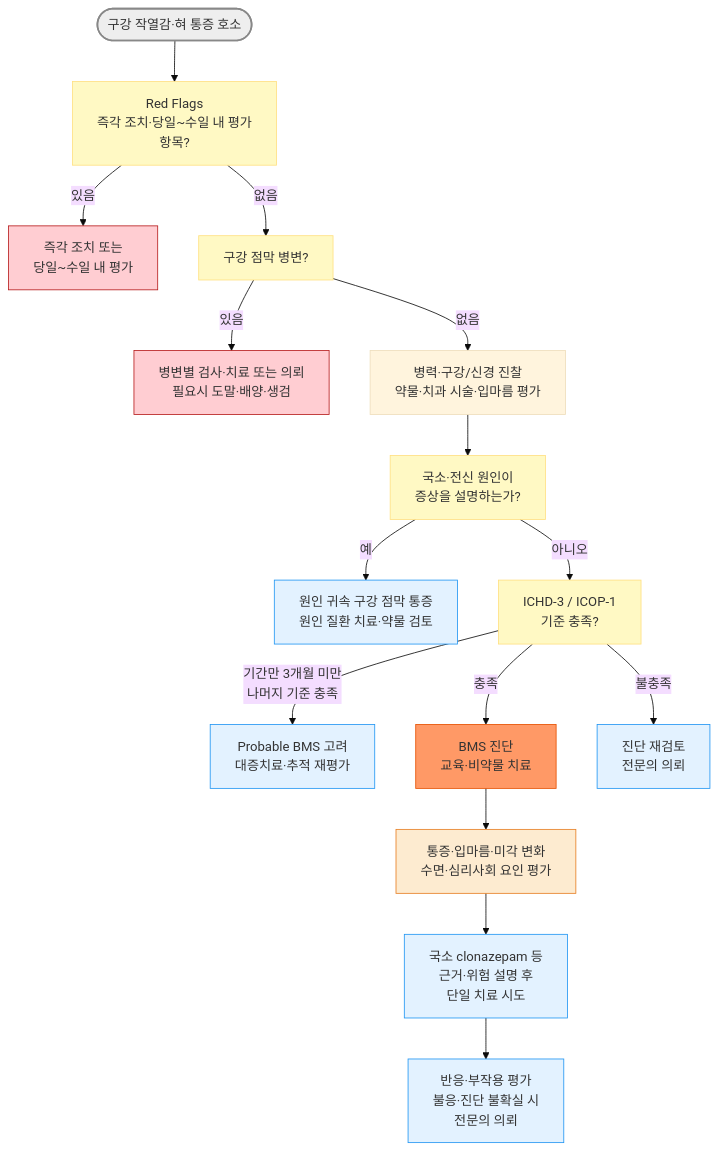
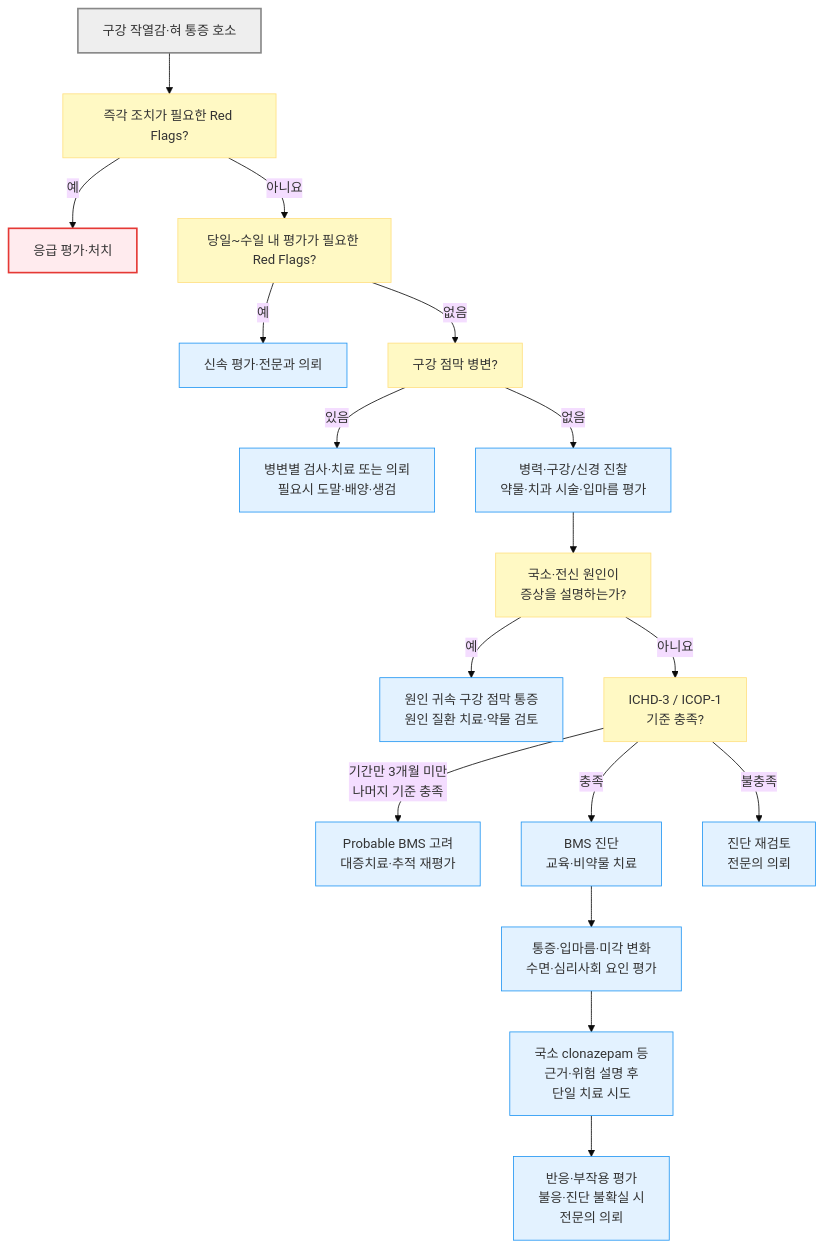
Before and after one commit to familyoh77/familyoh77: the diagram in 222_/057_-burning-mouth.md, drawn with Mermaid (base theme). The commit also changed other lines of this file and 13 other files, not shown here.

````diff
--- a/222_/057_-burning-mouth.md
+++ b/222_/057_-burning-mouth.md
@@ -148,27 +148,26 @@
 ```mermaid
 flowchart TD
-    A(["구강 작열감·혀 통증 호소"]) --> R["Red Flags<br/>즉각 조치·당일~수일 내 평가 <br/>항목?"]
-    R -->|"있음"| Q["즉각 조치 또는<br/>당일~수일 내 평가"]
-    R -->|"없음"| B["구강 점막 병변?"]
-    B -->|"있음"| C["병변별 검사·치료 또는 의뢰<br/>필요시 도말·배양·생검"]
-    B -->|"없음"| D["병력·구강/신경 진찰<br/>약물·치과 시술·입마름 평가"]
+    A["구강 작열감·혀 통증 호소"] --> EM["즉각 조치가 필요한 Red Flags?"]
+    EM -- "예" --> ER["응급 평가·처치"]
+    EM -- "아니요" --> R["당일~수일 내 평가가 필요한 Red Flags?"]
+    R -- "예" --> Q["신속 평가·전문과 의뢰"]
+    R -- "없음" --> B["구강 점막 병변?"]
+    B -- "있음" --> C["병변별 검사·치료 또는 의뢰<br/>필요시 도말·배양·생검"]
+    B -- "없음" --> D["병력·구강/신경 진찰<br/>약물·치과 시술·입마름 평가"]
     D --> E["국소·전신 원인이<br/>증상을 설명하는가?"]
-    E -->|"예"| F["원인 귀속 구강 점막 통증<br/>원인 질환 치료·약물 검토"]
-    E -->|"아니오"| G["ICHD-3 / ICOP-1<br/>기준 충족?"]
-    G -->|"기간만 3개월 미만<br/>나머지 기준 충족"| H["Probable BMS 고려<br/>대증치료·추적 재평가"]
-    G -->|"충족"| I["BMS 진단<br/>교육·비약물 치료"]
-    G -->|"불충족"| X["진단 재검토<br/>전문의 의뢰"]
+    E -- "예" --> F["원인 귀속 구강 점막 통증<br/>원인 질환 치료·약물 검토"]
+    E -- "아니요" --> G["ICHD-3 / ICOP-1<br/>기준 충족?"]
+    G -- "기간만 3개월 미만<br/>나머지 기준 충족" --> H["Probable BMS 고려<br/>대증치료·추적 재평가"]
+    G -- "충족" --> I["BMS 진단<br/>교육·비약물 치료"]
+    G -- "불충족" --> X["진단 재검토<br/>전문의 의뢰"]
     I --> T["통증·입마름·미각 변화<br/>수면·심리사회 요인 평가"]
     T --> U["국소 clonazepam 등<br/>근거·위험 설명 후 <br/>단일 치료 시도"]
     U --> V["반응·부작용 평가<br/>불응·진단 불확실 시 <br/>전문의 의뢰"]
-style A fill:#eeeeee,stroke:#888888,stroke-width:2px
-style C fill:#ffcdd2,stroke:#b71c1c
-style Q fill:#ffcdd2,stroke:#b71c1c
-style I fill:#f96,stroke:#e65100
+style A fill:#eee,stroke:#888,stroke-width:2px
+style ER fill:#ffebee,stroke:#e53935,stroke-width:2px
 classDef yellow fill:#fff9c4,stroke:#ffe082
-class B,E,G,R yellow
+class EM,B,E,G,R yellow
 classDef sky fill:#e3f2ff,stroke:#2196f3
-class F,H,U,V,X sky
-classDef orange fill:#fdebd0,stroke:#e67e22
-class T orange
+class C,D,F,H,I,Q,T,U,V,X sky
+
 ```
````
